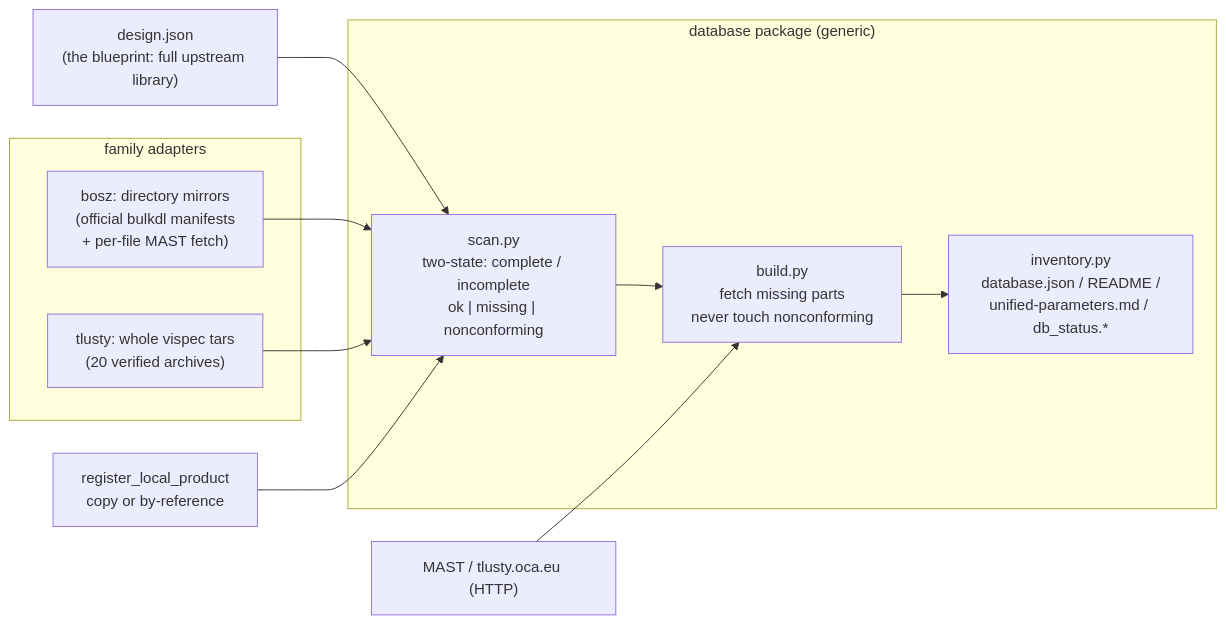
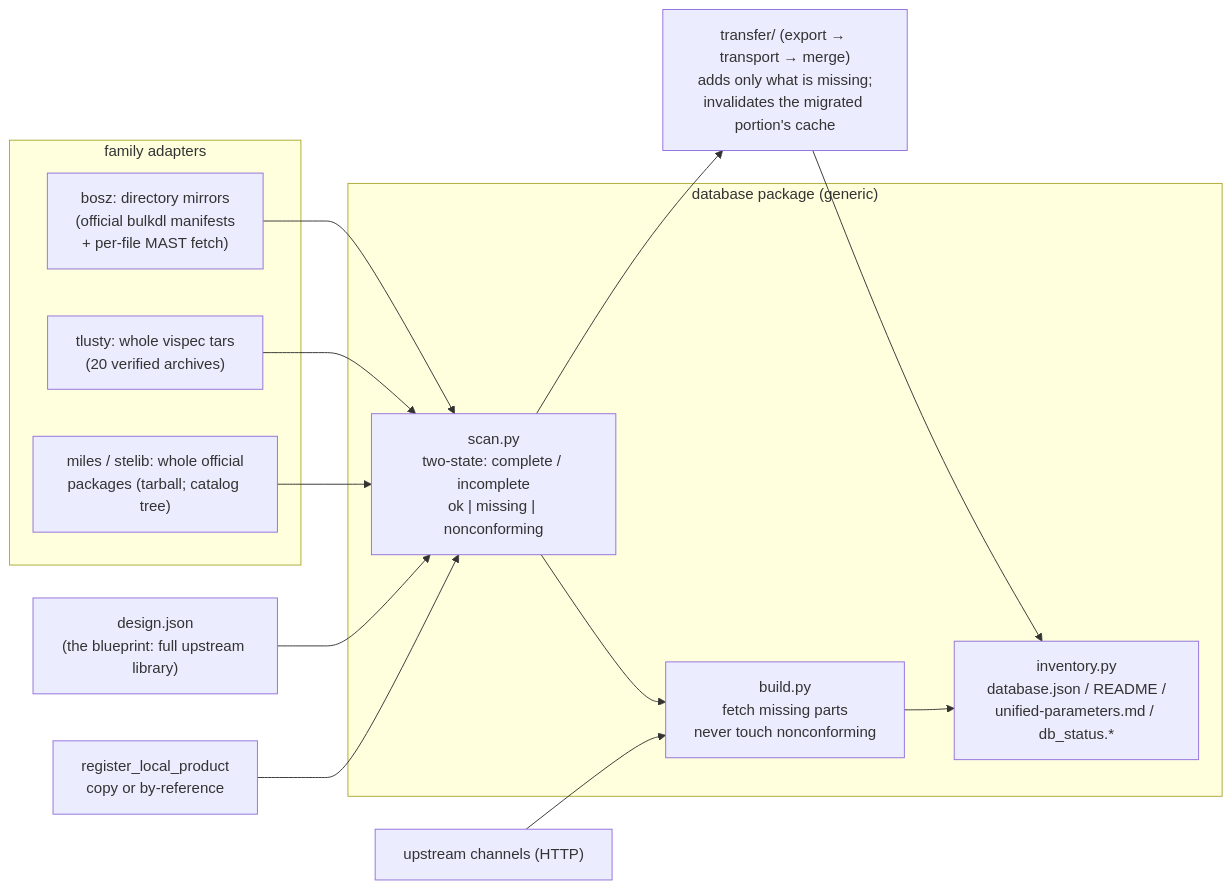
The second of 2 diagrams in docs/architecture.md (astro-jingtao/stellarlib), drawn with Mermaid before and after one commit. The commit also changed other lines of this file and 11 other files, not shown here.

````diff
--- a/docs/architecture.md
+++ b/docs/architecture.md
@@ -144,19 +144,24 @@
 ```mermaid
 flowchart LR
     DECL["design.json<br/>(the blueprint: full upstream library)"] --> SCAN
     subgraph CORE["database package (generic)"]
         SCAN["scan.py<br/>two-state: complete / incomplete<br/>ok | missing | nonconforming"]
         BUILD["build.py<br/>fetch missing parts<br/>never touch nonconforming"]
         INV["inventory.py<br/>database.json / README /<br/>unified-parameters.md / db_status.*"]
     end
     subgraph ADAPT["family adapters"]
         BA["bosz: directory mirrors<br/>(official bulkdl manifests<br/>+ per-file MAST fetch)"]
         TA["tlusty: whole vispec tars<br/>(20 verified archives)"]
+        MA["miles / stelib: whole official<br/>packages (tarball; catalog tree)"]
     end
     REG["register_local_product<br/>copy or by-reference"]
     SCAN --> BUILD --> INV
     BA --> SCAN
     TA --> SCAN
+    MA --> SCAN
     REG --> SCAN
-    NET["MAST / tlusty.oca.eu (HTTP)"] --> BUILD
+    NET["upstream channels (HTTP)"] --> BUILD
+    TR["transfer/ (export → transport → merge)<br/>adds only what is missing;<br/>invalidates the migrated portion's cache"]
+    SCAN --> TR
+    TR --> INV
 ```
````
